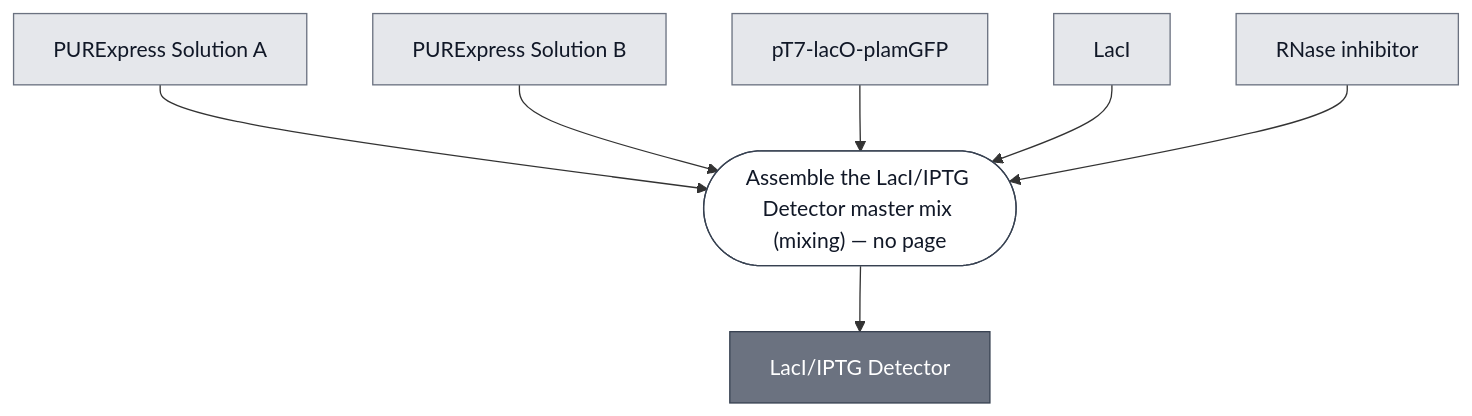
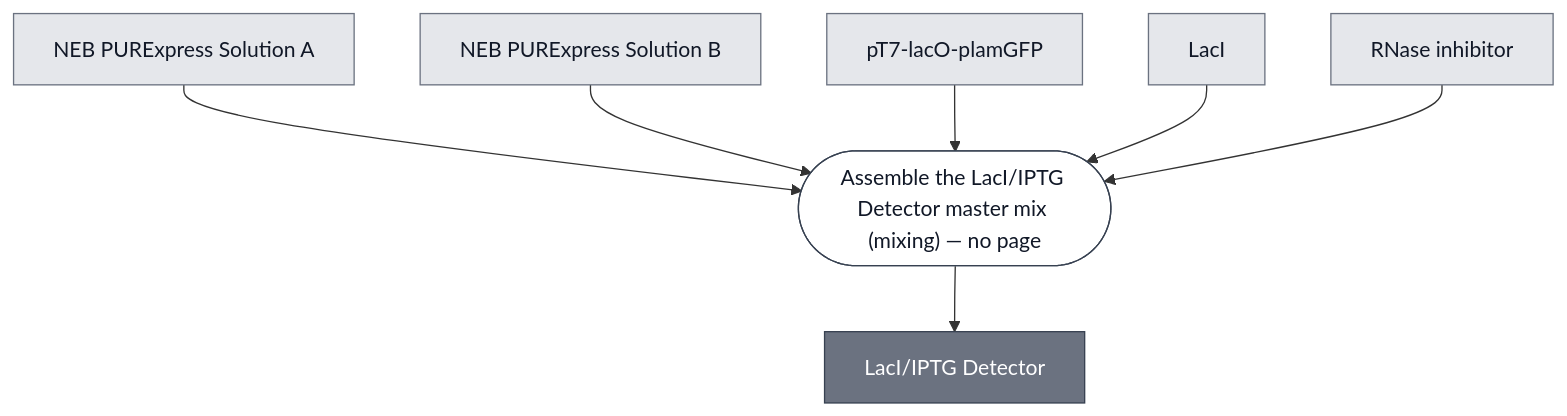
The diagram in docs/modules/detector-laci-iptg/spec.md (nucleus-eng/nucleus-docs), drawn with Mermaid before and after one commit. The commit also changed 15 other files, not shown here.

````diff
--- a/docs/modules/detector-laci-iptg/spec.md
+++ b/docs/modules/detector-laci-iptg/spec.md
@@ -28,28 +28,28 @@
 ```mermaid
 flowchart TD
-    PUREXPRESS_SOLUTION_A["PURExpress Solution A"]
-    PUREXPRESS_SOLUTION_B["PURExpress Solution B"]
+    PUREXPRESS_SOLUTION_A["NEB PURExpress Solution A"]
+    PUREXPRESS_SOLUTION_B["NEB PURExpress Solution B"]
     LACO_PLAMGFP_DNA["pT7-lacO-plamGFP"]
     LACI["LacI"]
     RNASE_INHIBITOR["RNase inhibitor"]
 
     P1_ASSEMBLE_MASTER_MIX_0(["Assemble the LacI/IPTG Detector master mix (mixing) — no page"])
     DETECTOR_LACI_IPTG["LacI/IPTG Detector"]
 
     PUREXPRESS_SOLUTION_A --> P1_ASSEMBLE_MASTER_MIX_0
     PUREXPRESS_SOLUTION_B --> P1_ASSEMBLE_MASTER_MIX_0
     LACO_PLAMGFP_DNA --> P1_ASSEMBLE_MASTER_MIX_0
     LACI --> P1_ASSEMBLE_MASTER_MIX_0
     RNASE_INHIBITOR --> P1_ASSEMBLE_MASTER_MIX_0
     P1_ASSEMBLE_MASTER_MIX_0 --> DETECTOR_LACI_IPTG
 
 
     classDef leaf     fill:#e5e7eb,stroke:#6b7280,color:#111827;
     classDef composed fill:#6b7280,stroke:#374151,color:#ffffff;
     classDef process  fill:#ffffff,stroke:#374151,color:#111827;
     class PUREXPRESS_SOLUTION_A,PUREXPRESS_SOLUTION_B,LACO_PLAMGFP_DNA,LACI,RNASE_INHIBITOR leaf;
     class DETECTOR_LACI_IPTG composed;
     class P1_ASSEMBLE_MASTER_MIX_0 process;
 
     click DETECTOR_LACI_IPTG "/docs/modules/detector-laci-iptg/spec"
 ```
````
